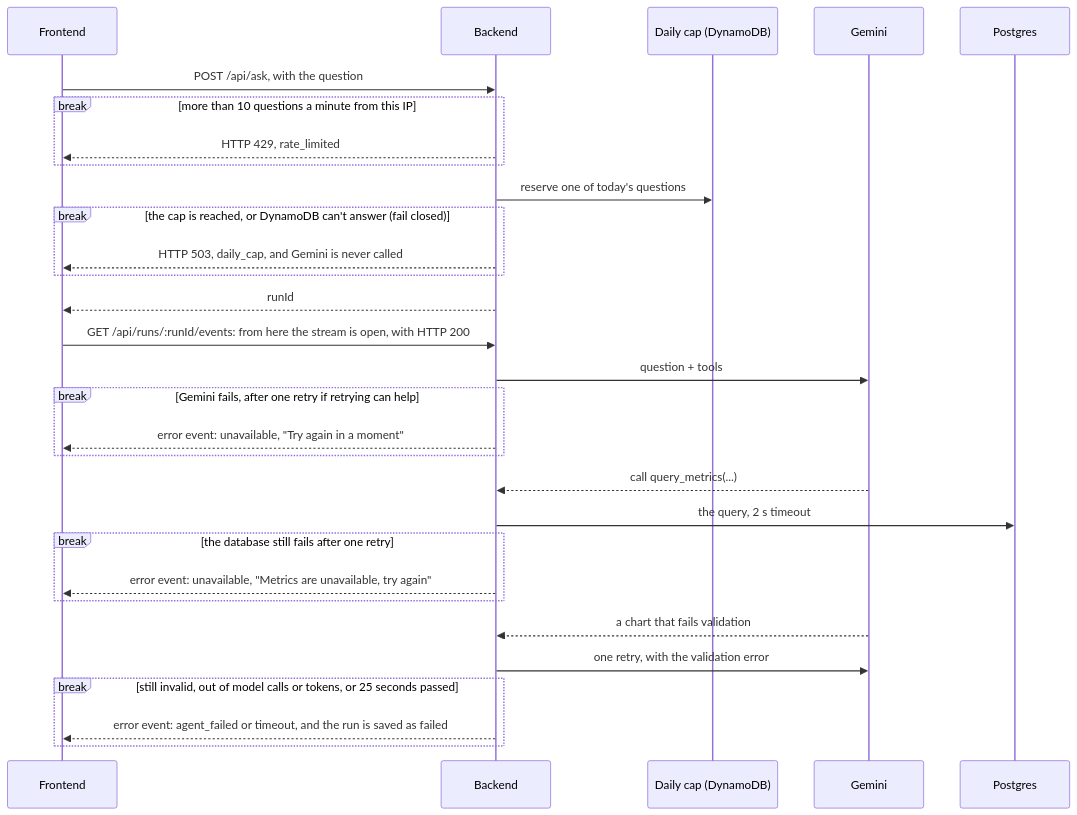
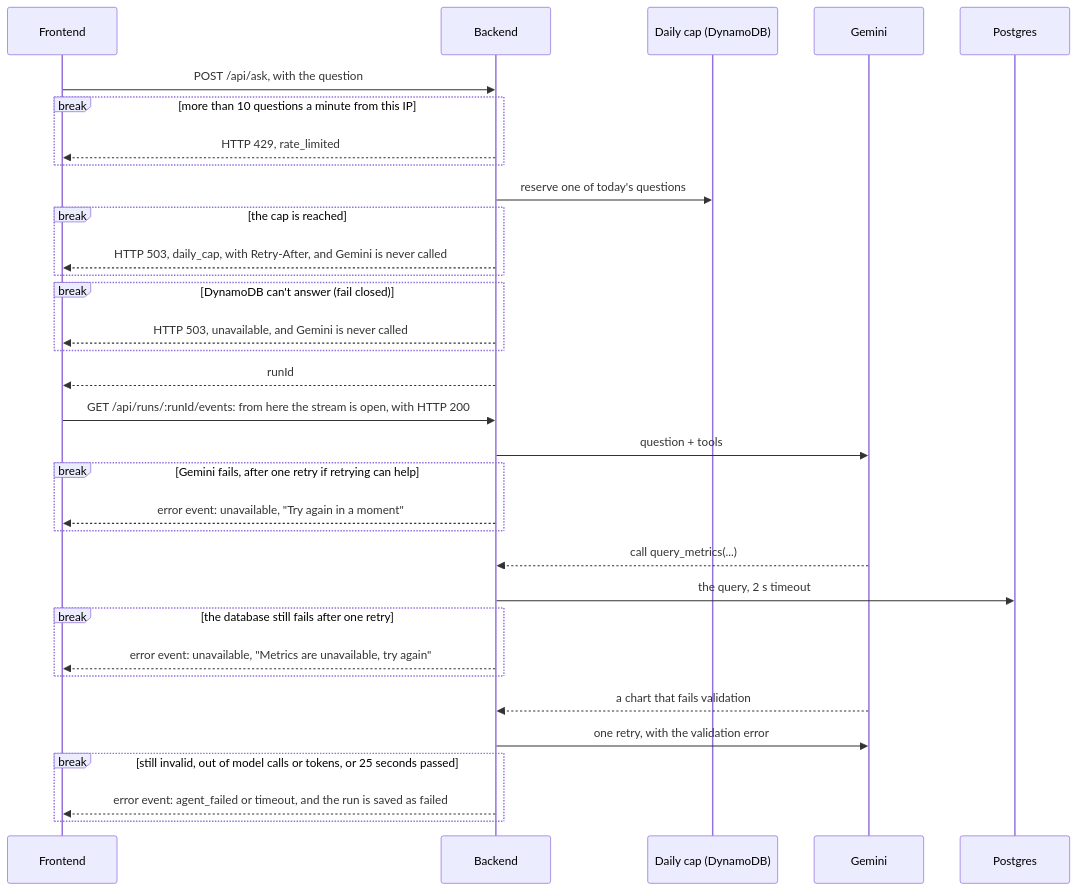
Before and after one commit to vovadyach/dashgen: the fifth of 8 diagrams in docs/design.md, drawn with Mermaid. The commit also changed other lines of this file and 25 other files, not shown here.

Commit message:
feat: a daily cap of 150 questions, counted in DynamoDB

````diff
--- a/docs/design.md
+++ b/docs/design.md
@@ -233,33 +233,36 @@
 ```mermaid
 sequenceDiagram
     participant F as Frontend
     participant B as Backend
     participant C as Daily cap (DynamoDB)
     participant LLM as Gemini
     participant DB as Postgres
 
     F->>B: POST /api/ask, with the question
     break more than 10 questions a minute from this IP
         B-->>F: HTTP 429, rate_limited
     end
     B->>C: reserve one of today's questions
-    break the cap is reached, or DynamoDB can't answer (fail closed)
-        B-->>F: HTTP 503, daily_cap, and Gemini is never called
+    break the cap is reached
+        B-->>F: HTTP 503, daily_cap, with Retry-After, and Gemini is never called
+    end
+    break DynamoDB can't answer (fail closed)
+        B-->>F: HTTP 503, unavailable, and Gemini is never called
     end
     B-->>F: runId
     F->>B: GET /api/runs/:runId/events: from here the stream is open, with HTTP 200
     B->>LLM: question + tools
     break Gemini fails, after one retry if retrying can help
         B-->>F: error event: unavailable, "Try again in a moment"
     end
     LLM-->>B: call query_metrics(...)
     B->>DB: the query, 2 s timeout
     break the database still fails after one retry
         B-->>F: error event: unavailable, "Metrics are unavailable, try again"
     end
     LLM-->>B: a chart that fails validation
     B->>LLM: one retry, with the validation error
     break still invalid, out of model calls or tokens, or 25 seconds passed
         B-->>F: error event: agent_failed or timeout, and the run is saved as failed
     end
 ```
````
